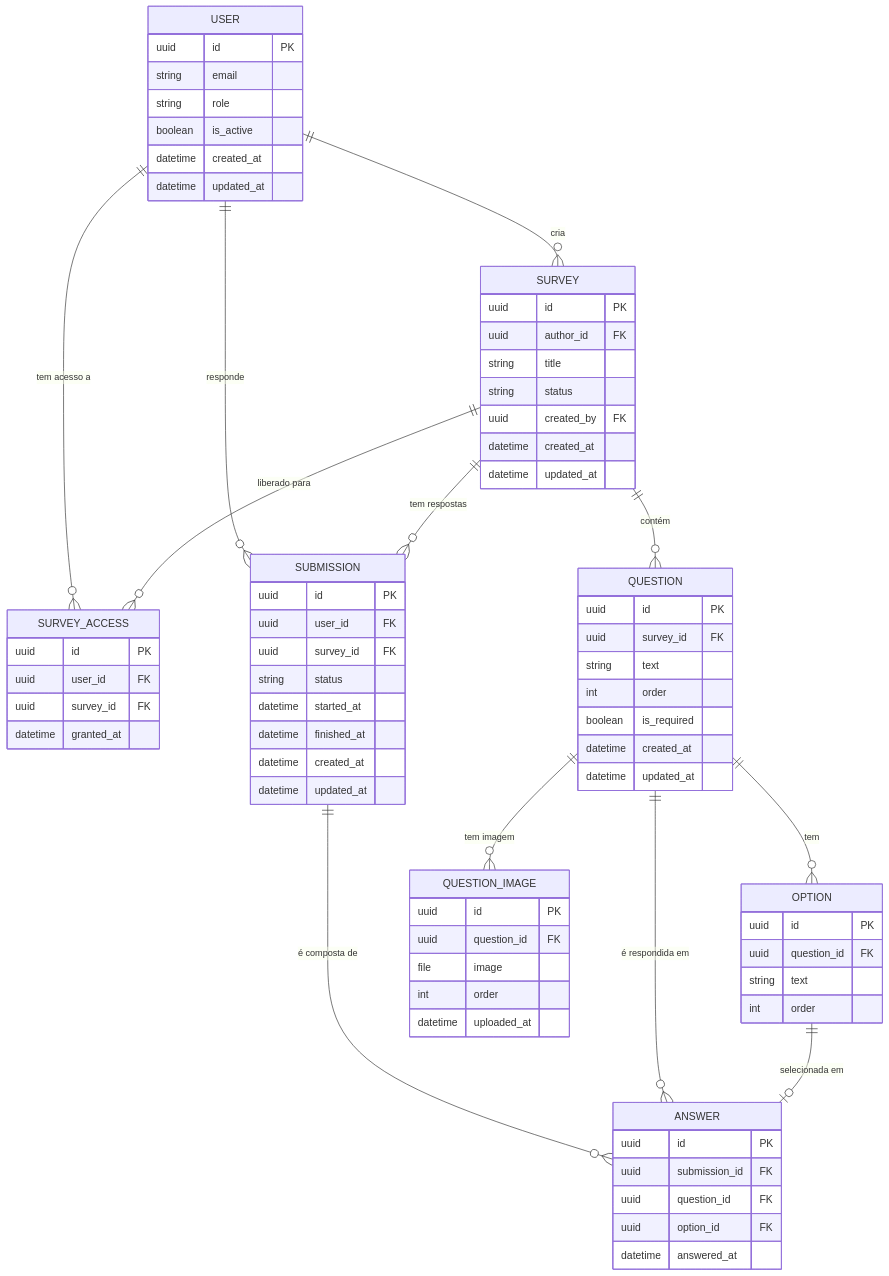
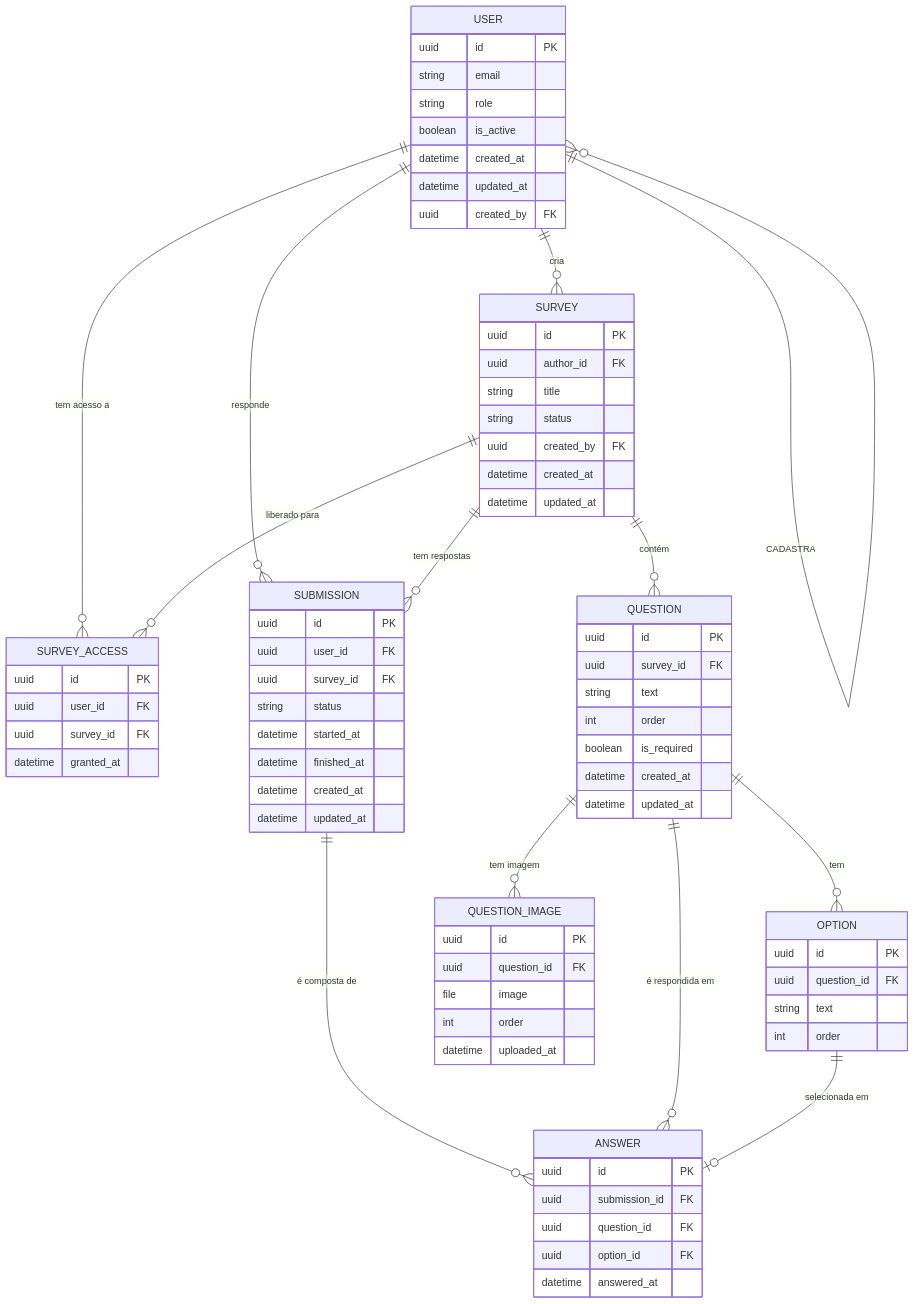
Before and after one commit to pdr-guilherme/api-questionarios: the diagram in uml.md, drawn with Mermaid. The commit also changed 22 other files, not shown here.

````diff
--- a/uml.md
+++ b/uml.md
@@ -1,5 +1,6 @@
 ```mermaid
 erDiagram
+    USER ||--o{ USER : "CADASTRA"
     USER ||--o{ SURVEY : "cria"
     USER ||--o{ SURVEY_ACCESS : "tem acesso a"
     SURVEY ||--o{ SURVEY_ACCESS : "liberado para"
@@ -19,6 +20,7 @@
         boolean is_active
         datetime created_at
         datetime updated_at
+        uuid created_by FK
     }
 
     SURVEY {
````
